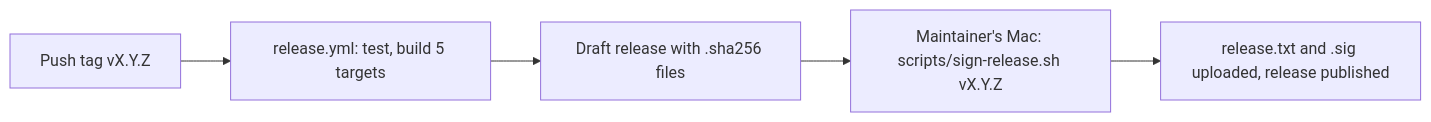
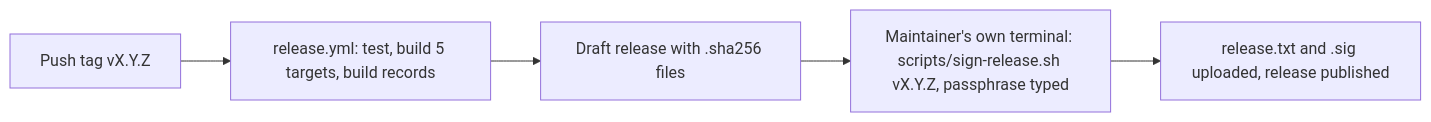
One commit to Phygital-Key/phygital-key changed the diagram in CONTRIBUTING.md. Above: the diagram before and after it, drawn with Mermaid. The commit also changed other lines of this file and 26 other files, not shown here.

````diff
--- a/CONTRIBUTING.md
+++ b/CONTRIBUTING.md
@@ -111,7 +111,7 @@
 ```mermaid
 flowchart LR
-  T["Push tag vX.Y.Z"] --> CI["release.yml: test, build 5 targets"]
+  T["Push tag vX.Y.Z"] --> CI["release.yml: test, build 5 targets, build records"]
   CI --> D["Draft release with .sha256 files"]
-  D --> S["Maintainer's Mac: scripts/sign-release.sh vX.Y.Z"]
+  D --> S["Maintainer's own terminal: scripts/sign-release.sh vX.Y.Z, passphrase typed"]
   S --> P["release.txt and .sig uploaded, release published"]
 ```
````
